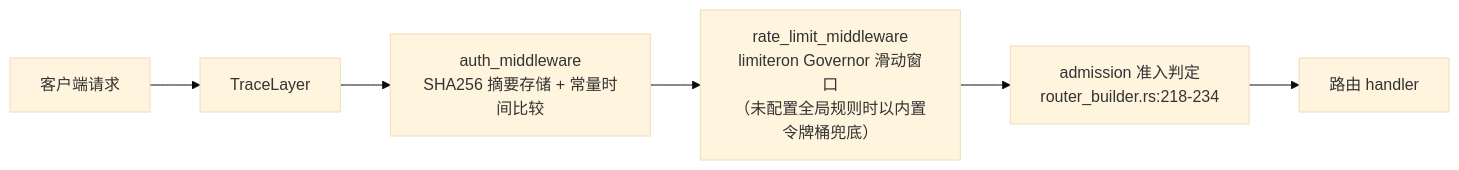
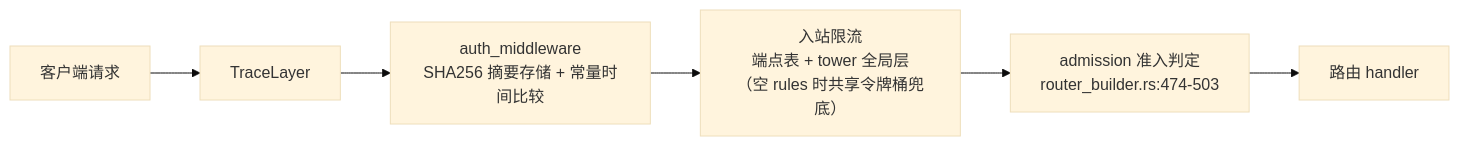
Before and after one commit to Kirky-X/fluxgate: the eighth of 9 diagrams in docs/ARCHITECTURE.md, drawn with Mermaid (base theme). The commit also changed other lines of this file and 44 other files, not shown here.

````diff
--- a/docs/ARCHITECTURE.md
+++ b/docs/ARCHITECTURE.md
@@ -493,8 +502,8 @@
 ```mermaid
 flowchart LR
     A["客户端请求"] --> T["TraceLayer"]
     T --> AUTH["auth_middleware<br/>SHA256 摘要存储 + 常量时间比较"]
-    AUTH --> RL["rate_limit_middleware<br/>limiteron Governor 滑动窗口<br/>（未配置全局规则时以内置令牌桶兜底）"]
-    RL --> ADM["admission 准入判定<br/>router_builder.rs:218-234"]
+    AUTH --> RL["入站限流<br/>端点表 + tower 全局层<br/>（空 rules 时共享令牌桶兜底）"]
+    RL --> ADM["admission 准入判定<br/>router_builder.rs:474-503"]
     ADM --> H["路由 handler"]
 ```
````
